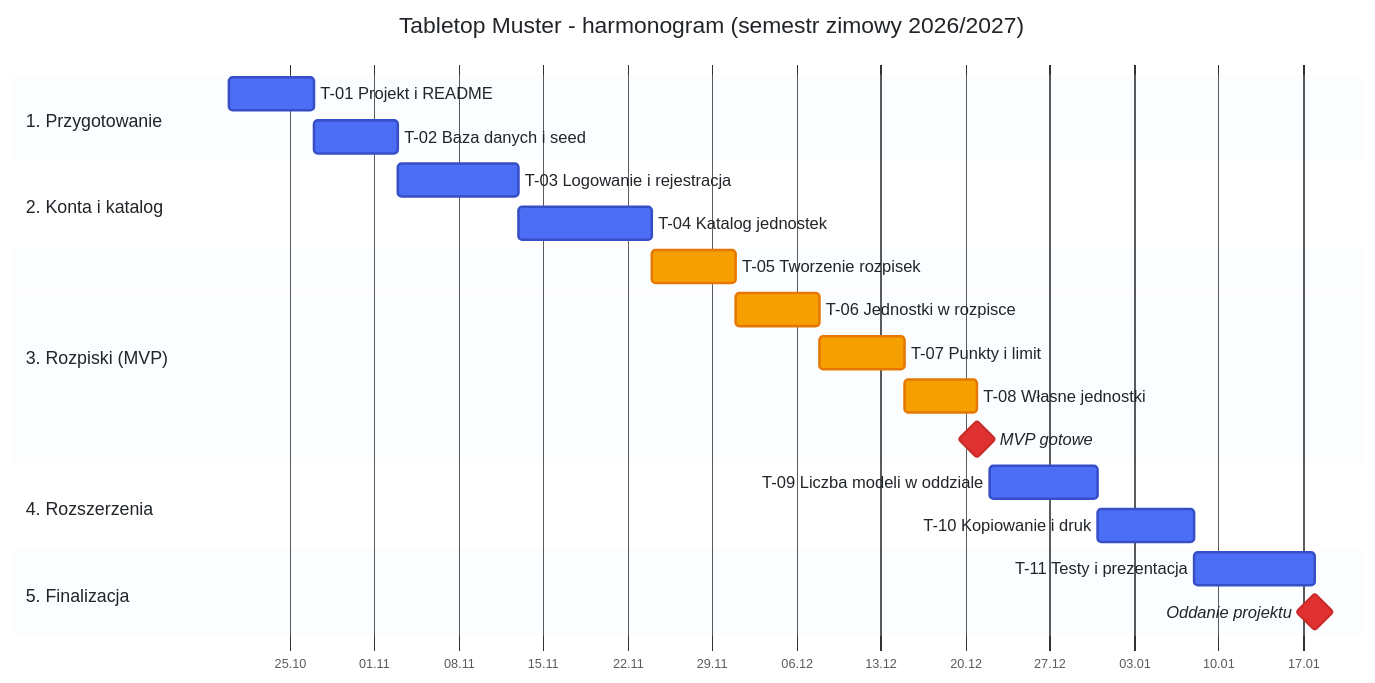
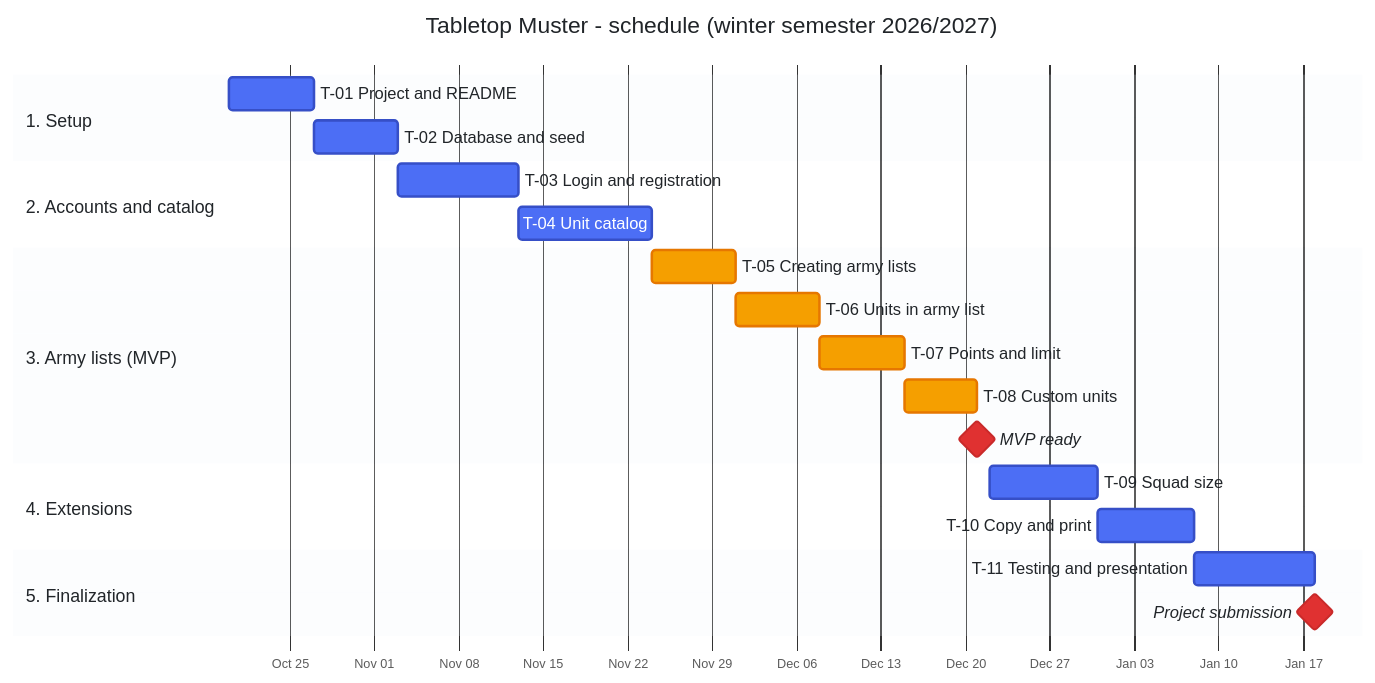
Before and after one commit to ProfGandalf/tabletop-muster: the diagram in docs/project-specification.md, drawn with Mermaid. The commit also changed other lines of this file and 2 other files, not shown here.

````diff
--- a/docs/project-specification.md
+++ b/docs/project-specification.md
@@ -130,65 +130,65 @@
 ```mermaid
 %%{init: {
   "theme": "base",
   "themeCSS": ".grid .tick line { stroke: #dee2e6; } .grid path { stroke-width: 0; }",
   "themeVariables": {
     "fontFamily": "Segoe UI, Helvetica, Arial, sans-serif",
     "fontSize": "14px",
     "sectionBkgColor": "#eef2f7",
     "altSectionBkgColor": "#ffffff",
     "sectionBkgColor2": "#eef2f7",
     "taskBkgColor": "#4c6ef5",
     "taskBorderColor": "#364fc7",
     "taskTextColor": "#ffffff",
     "taskTextLightColor": "#ffffff",
     "taskTextOutsideColor": "#212529",
     "taskTextDarkColor": "#212529",
     "activeTaskBkgColor": "#f59f00",
     "activeTaskBorderColor": "#e67700",
     "critBkgColor": "#e03131",
     "critBorderColor": "#c92a2a",
     "gridColor": "#ced4da",
     "lineColor": "#ced4da",
     "titleColor": "#212529"
   },
   "gantt": {
     "barHeight": 26,
     "barGap": 8,
     "topPadding": 60,
     "leftPadding": 170,
     "gridLineStartPadding": 40,
     "fontSize": 13,
     "sectionFontSize": 14,
     "numberSectionStyles": 2
   }
 }}%%
 gantt
-    title Tabletop Muster - harmonogram (semestr zimowy 2026/2027)
+    title Tabletop Muster - schedule (winter semester 2026/2027)
     dateFormat YYYY-MM-DD
-    axisFormat %d.%m
+    axisFormat %b %d
     tickInterval 1week
     todayMarker off
 
-    section 1. Przygotowanie
-    T-01 Projekt i README          :t01, 2026-10-20, 7d
-    T-02 Baza danych i seed        :t02, after t01, 7d
+    section 1. Setup
+    T-01 Project and README        :t01, 2026-10-20, 7d
+    T-02 Database and seed         :t02, after t01, 7d
 
-    section 2. Konta i katalog
-    T-03 Logowanie i rejestracja   :t03, after t02, 10d
-    T-04 Katalog jednostek         :t04, after t03, 11d
+    section 2. Accounts and catalog
+    T-03 Login and registration    :t03, after t02, 10d
+    T-04 Unit catalog              :t04, after t03, 11d
 
-    section 3. Rozpiski (MVP)
-    T-05 Tworzenie rozpisek        :active, t05, after t04, 7d
-    T-06 Jednostki w rozpisce      :active, t06, after t05, 7d
-    T-07 Punkty i limit            :active, t07, after t06, 7d
-    T-08 Własne jednostki          :active, t08, after t07, 6d
-    MVP gotowe                     :milestone, crit, mvp, 2026-12-21, 0d
+    section 3. Army lists (MVP)
+    T-05 Creating army lists       :active, t05, after t04, 7d
+    T-06 Units in army list        :active, t06, after t05, 7d
+    T-07 Points and limit          :active, t07, after t06, 7d
+    T-08 Custom units              :active, t08, after t07, 6d
+    MVP ready                      :milestone, crit, mvp, 2026-12-21, 0d
 
-    section 4. Rozszerzenia
-    T-09 Liczba modeli w oddziale  :t09, 2026-12-22, 9d
-    T-10 Kopiowanie i druk         :t10, after t09, 8d
+    section 4. Extensions
+    T-09 Squad size                :t09, 2026-12-22, 9d
+    T-10 Copy and print            :t10, after t09, 8d
 
-    section 5. Finalizacja
-    T-11 Testy i prezentacja       :t11, after t10, 10d
-    Oddanie projektu               :milestone, crit, end, 2027-01-18, 0d
+    section 5. Finalization
+    T-11 Testing and presentation  :t11, after t10, 10d
+    Project submission             :milestone, crit, end, 2027-01-18, 0d
 ```
````
